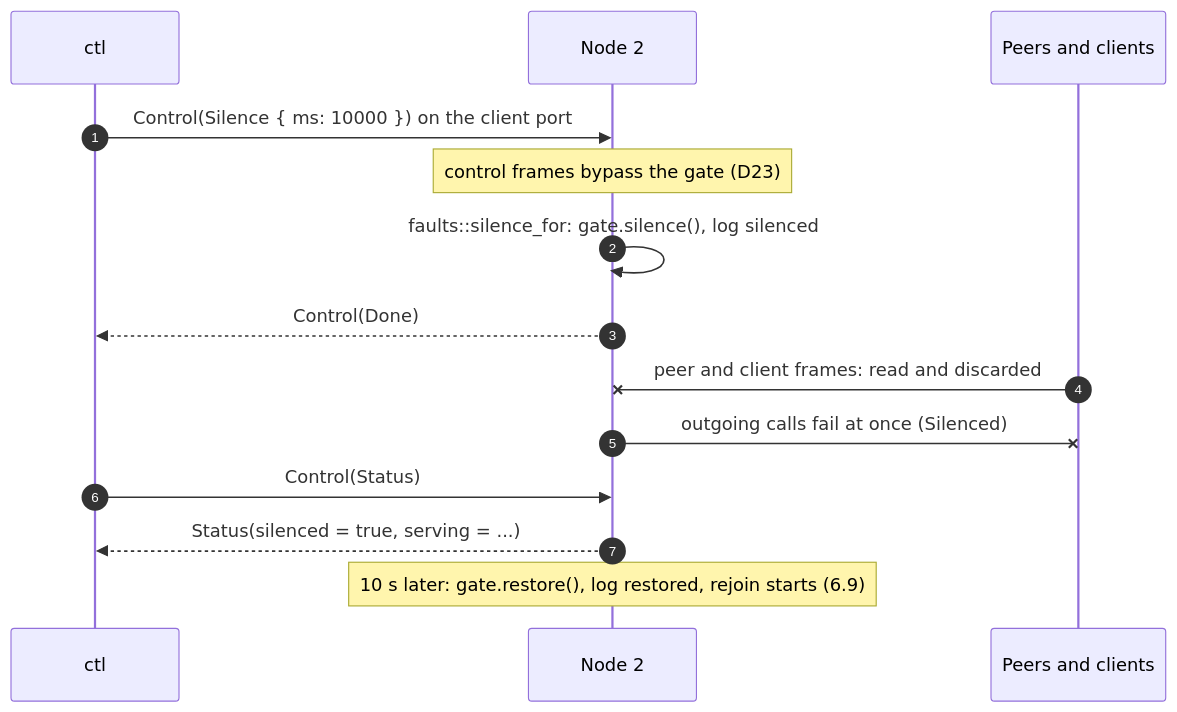
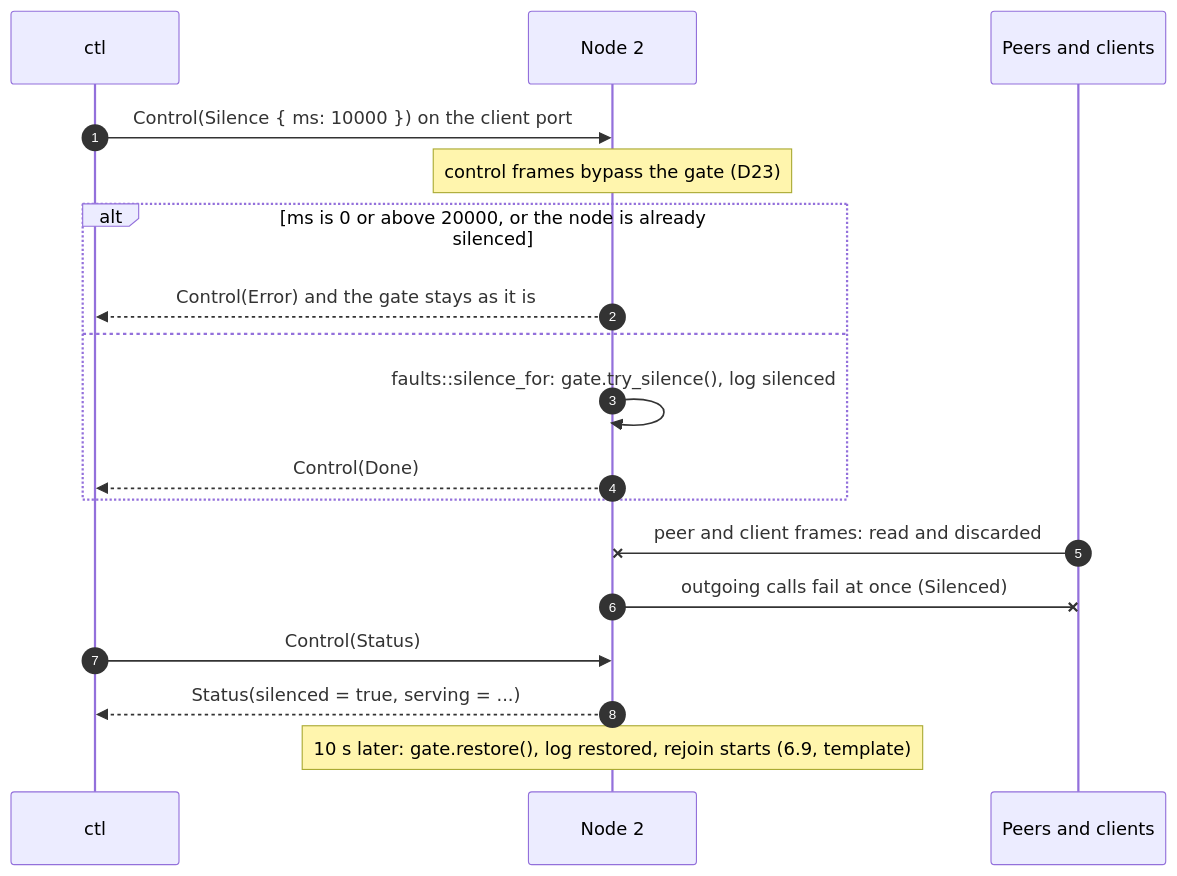
Diagram 16 of 26 in docs/architecture.md (noortaytoy1/DistributedSystems), drawn with Mermaid before and after one commit. The commit also changed other lines of this file and 5 other files, not shown here.

First line of the commit message:
Implement manual faults: ctl silence with limits and no overlap

````diff
--- a/docs/architecture.md
+++ b/docs/architecture.md
@@ -598,16 +598,20 @@
 ```mermaid
 sequenceDiagram
     autonumber
     participant OP as ctl
     participant N as Node 2
     participant P as Peers and clients
     OP->>N: Control(Silence { ms: 10000 }) on the client port
     Note over N: control frames bypass the gate (D23)
-    N->>N: faults::silence_for: gate.silence(), log silenced
-    N-->>OP: Control(Done)
+    alt ms is 0 or above 20000, or the node is already silenced
+        N-->>OP: Control(Error) and the gate stays as it is
+    else
+        N->>N: faults::silence_for: gate.try_silence(), log silenced
+        N-->>OP: Control(Done)
+    end
     P-xN: peer and client frames: read and discarded
     N-xP: outgoing calls fail at once (Silenced)
     OP->>N: Control(Status)
     N-->>OP: Status(silenced = true, serving = ...)
-    Note over N: 10 s later: gate.restore(), log restored, rejoin starts (6.9)
+    Note over N: 10 s later: gate.restore(), log restored, rejoin starts (6.9, template)
 ```
````
